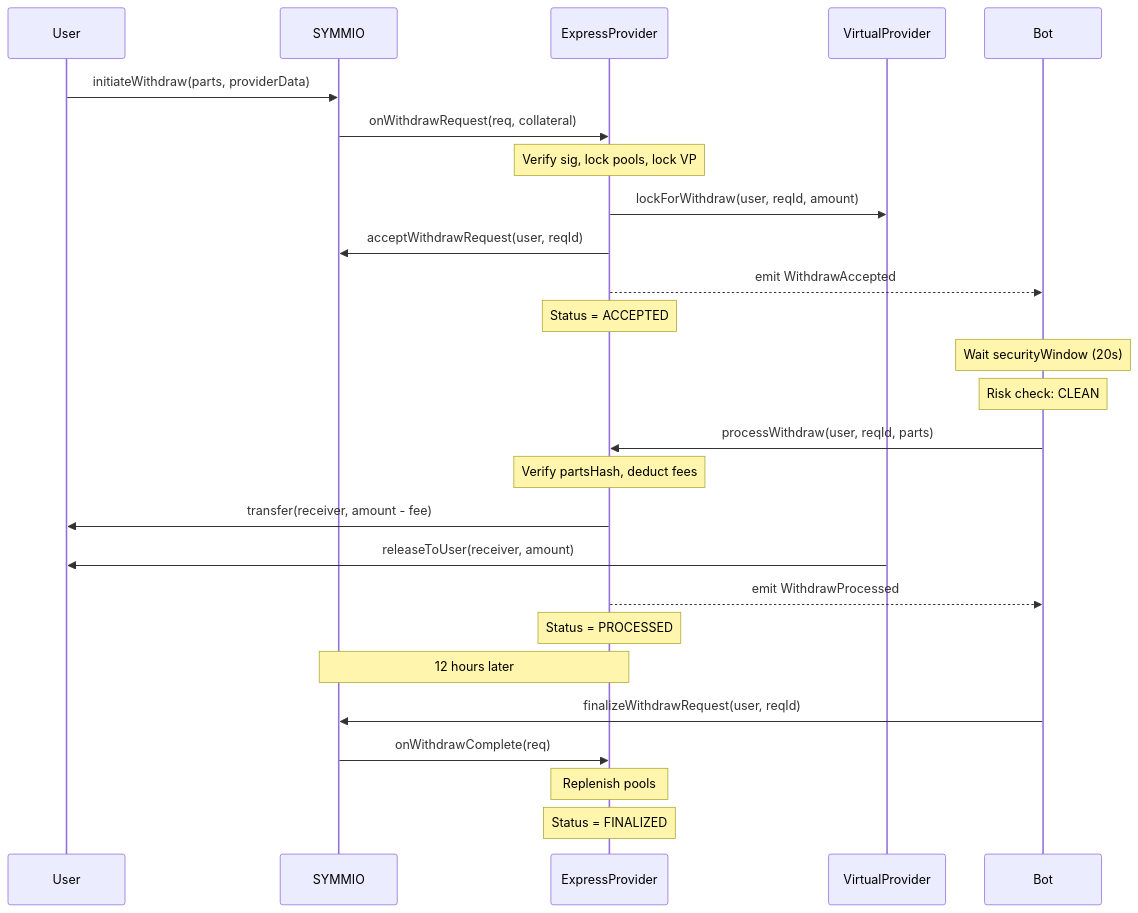
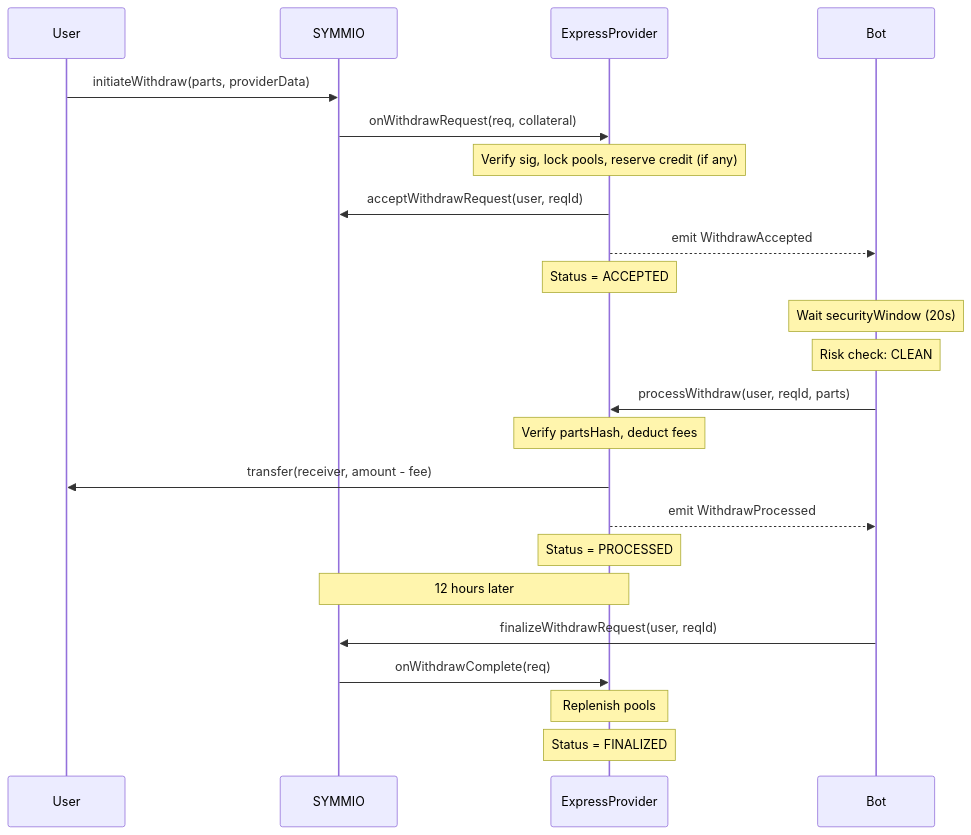
The fifth of 33 diagrams in docs/v0.8.6/express-bot-operations-checklist.md (SYMM-IO/perps-core), drawn with Mermaid before and after one commit. The commit also changed other lines of this file and 9 other files, not shown here.

Commit message:
docs: replace VirtualProvider with Credit Line system in express provider docs

````diff
--- a/docs/v0.8.6/express-bot-operations-checklist.md
+++ b/docs/v0.8.6/express-bot-operations-checklist.md
@@ -490,32 +486,29 @@
 ```mermaid
 sequenceDiagram
     participant U as User
     participant S as SYMMIO
     participant EP as ExpressProvider
-    participant VP as VirtualProvider
     participant Bot as Bot
 
     U->>S: initiateWithdraw(parts, providerData)
     S->>EP: onWithdrawRequest(req, collateral)
-    Note over EP: Verify sig, lock pools, lock VP
-    EP->>VP: lockForWithdraw(user, reqId, amount)
+    Note over EP: Verify sig, lock pools, reserve credit (if any)
     EP->>S: acceptWithdrawRequest(user, reqId)
     EP-->>Bot: emit WithdrawAccepted
     Note over EP: Status = ACCEPTED
 
     Note over Bot: Wait securityWindow (20s)
     Note over Bot: Risk check: CLEAN
 
     Bot->>EP: processWithdraw(user, reqId, parts)
     Note over EP: Verify partsHash, deduct fees
     EP->>U: transfer(receiver, amount - fee)
-    VP->>U: releaseToUser(receiver, amount)
     EP-->>Bot: emit WithdrawProcessed
     Note over EP: Status = PROCESSED
 
     Note over EP,S: 12 hours later
     Bot->>S: finalizeWithdrawRequest(user, reqId)
     S->>EP: onWithdrawComplete(req)
     Note over EP: Replenish pools
     Note over EP: Status = FINALIZED
 ```
````
